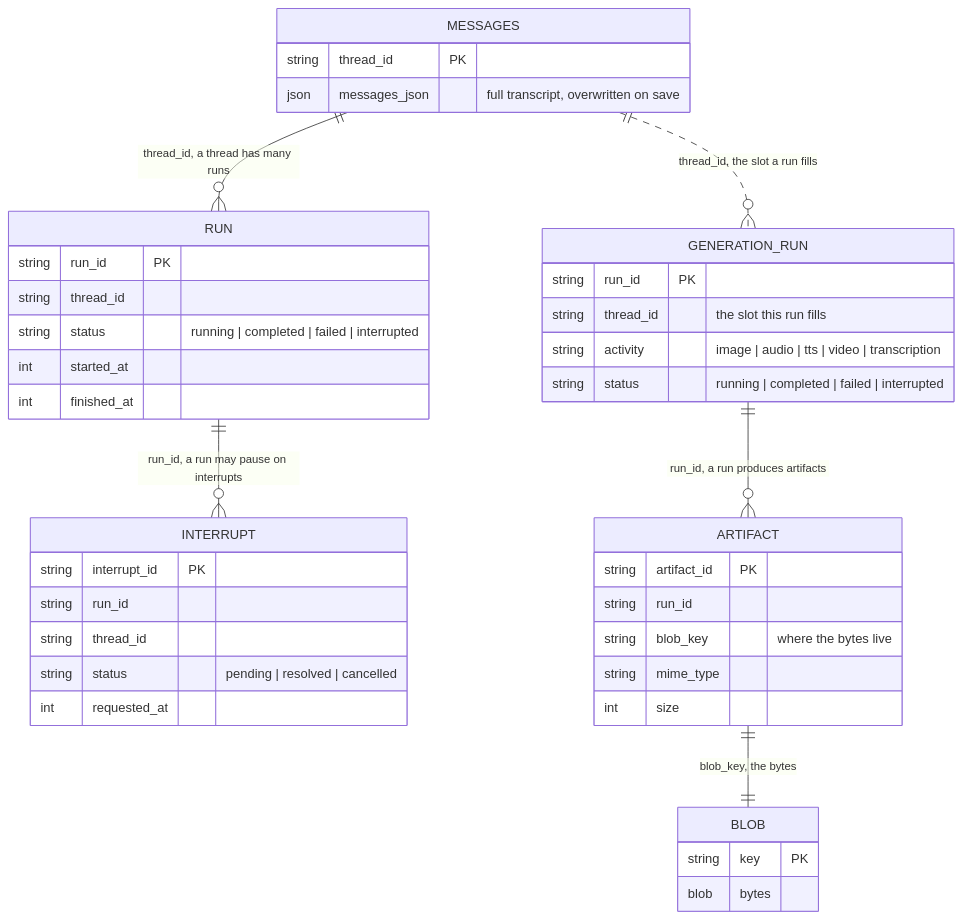
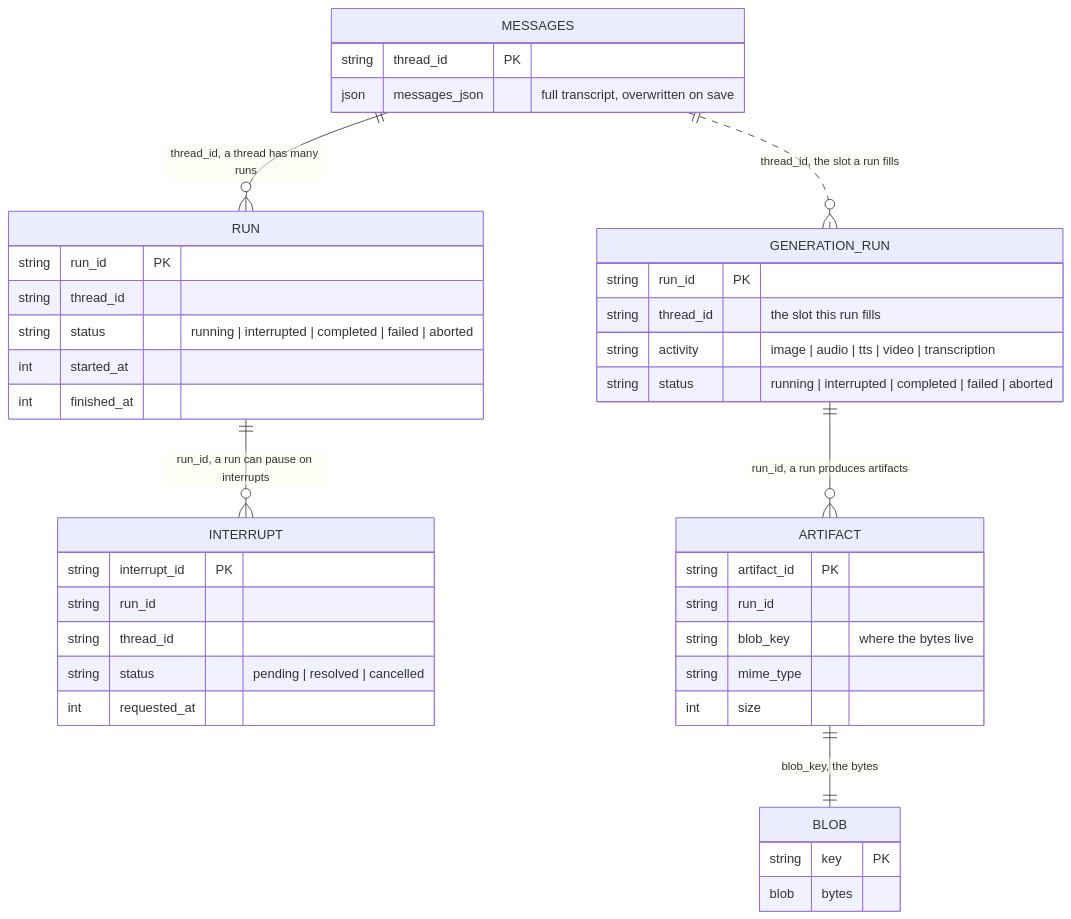
One commit to TPSJASPER/ai changed the diagram in docs/persistence/store-reference.md. Above: the diagram before and after it, drawn with Mermaid. The commit also changed other lines of this file and 248 other files, not shown here.

````diff
--- a/docs/persistence/store-reference.md
+++ b/docs/persistence/store-reference.md
@@ -599,44 +531,44 @@
 ```mermaid
 erDiagram
     MESSAGES ||--o{ RUN : "thread_id, a thread has many runs"
-    RUN ||--o{ INTERRUPT : "run_id, a run may pause on interrupts"
+    RUN ||--o{ INTERRUPT : "run_id, a run can pause on interrupts"
     MESSAGES ||..o{ GENERATION_RUN : "thread_id, the slot a run fills"
     GENERATION_RUN ||--o{ ARTIFACT : "run_id, a run produces artifacts"
     ARTIFACT ||--|| BLOB : "blob_key, the bytes"
 
     MESSAGES {
         string thread_id PK
         json messages_json "full transcript, overwritten on save"
     }
     RUN {
         string run_id PK
         string thread_id
-        string status "running | completed | failed | interrupted"
+        string status "running | interrupted | completed | failed | aborted"
         int started_at
         int finished_at
     }
     INTERRUPT {
         string interrupt_id PK
         string run_id
         string thread_id
         string status "pending | resolved | cancelled"
         int requested_at
     }
     GENERATION_RUN {
         string run_id PK
         string thread_id "the slot this run fills"
         string activity "image | audio | tts | video | transcription"
-        string status "running | completed | failed | interrupted"
+        string status "running | interrupted | completed | failed | aborted"
     }
     ARTIFACT {
         string artifact_id PK
         string run_id
         string blob_key "where the bytes live"
         string mime_type
         int size
     }
     BLOB {
         string key PK
         blob bytes
     }
 ```
````
